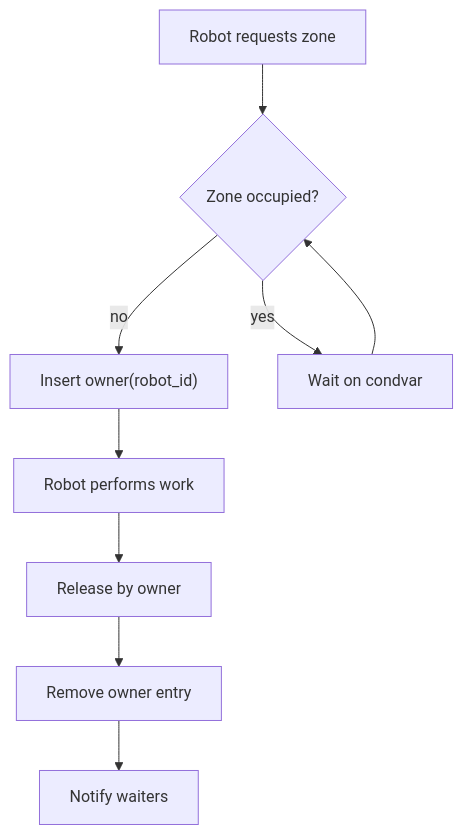
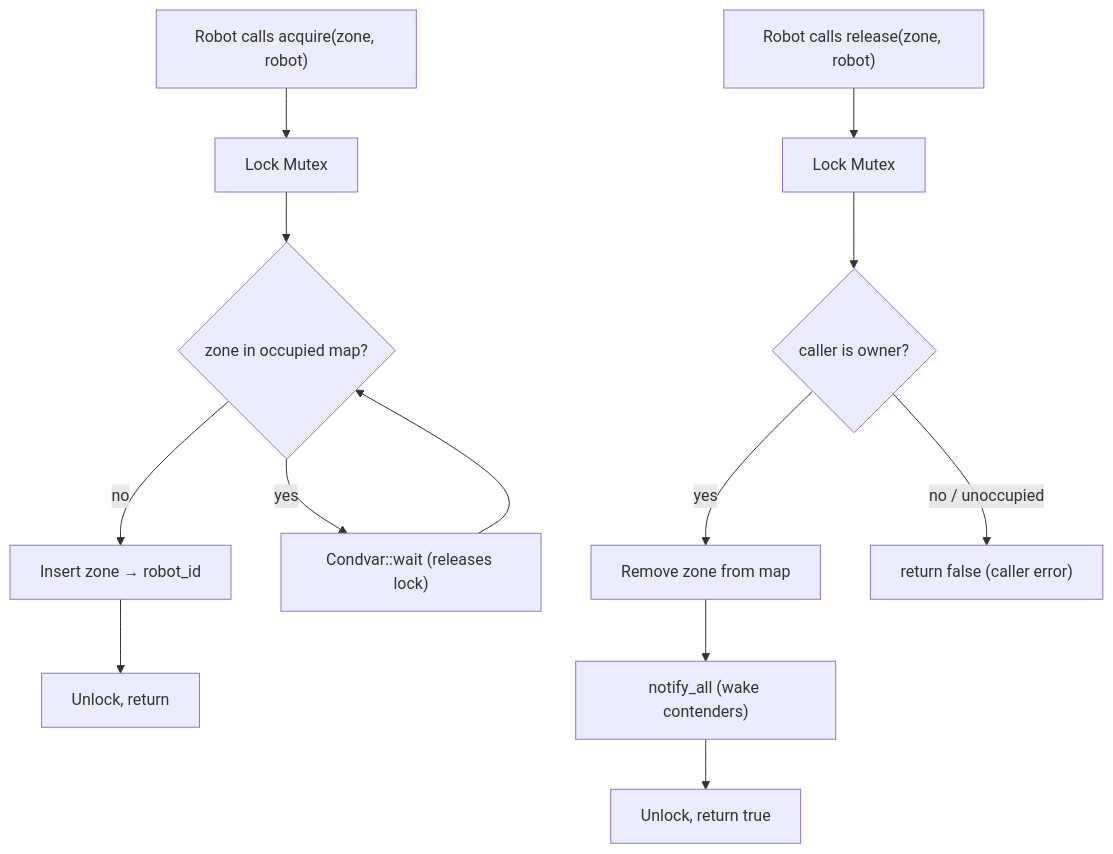
Before and after one commit to HaochenFa/Medical-Care-Robot-Coordination-System-Core: the fourth of 6 diagrams in DIAGRAMS.md, drawn with Mermaid. The commit also changed other lines of this file and 3 other files, not shown here.

Commit message:
docs: add VIDEO_GUIDE and update diagrams, README, report draft

````diff
--- a/DIAGRAMS.md
+++ b/DIAGRAMS.md
@@ -74,11 +108,16 @@
 ```mermaid
 flowchart TD
-    A["Robot requests zone"] --> B{"Zone occupied?"}
-    B -- "no" --> C["Insert owner(robot_id)"]
-    B -- "yes" --> D["Wait on condvar"]
-    D --> B
-    C --> E["Robot performs work"]
-    E --> F["Release by owner"]
-    F --> G["Remove owner entry"]
-    G --> H["Notify waiters"]
+    A["Robot calls acquire(zone, robot)"] --> LOCK["Lock Mutex"]
+    LOCK --> OCC{"zone in occupied map?"}
+    OCC -- "no" --> INSERT["Insert zone → robot_id"]
+    INSERT --> UNLOCK_A["Unlock, return"]
+    OCC -- "yes" --> WAIT["Condvar::wait (releases lock)"]
+    WAIT --> OCC
+
+    R["Robot calls release(zone, robot)"] --> LOCKR["Lock Mutex"]
+    LOCKR --> OWNER{"caller is owner?"}
+    OWNER -- "yes" --> REMOVE["Remove zone from map"]
+    REMOVE --> NOTIFYALL["notify_all (wake contenders)"]
+    NOTIFYALL --> UNLOCK_R["Unlock, return true"]
+    OWNER -- "no / unoccupied" --> FALSE["return false (caller error)"]
 ```
````
